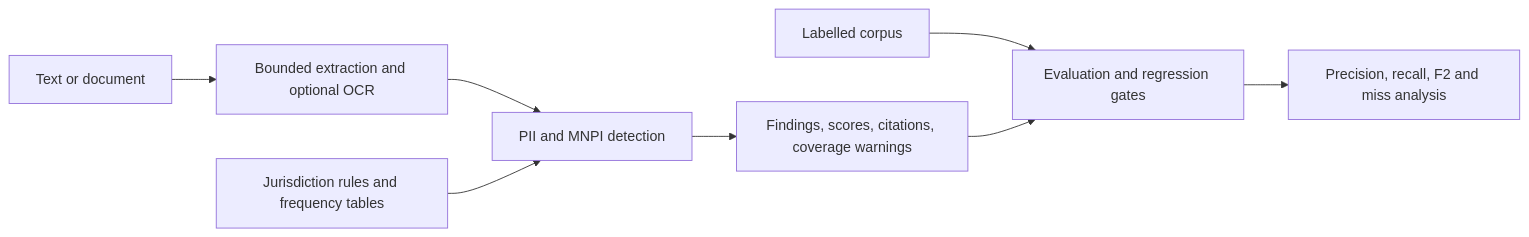
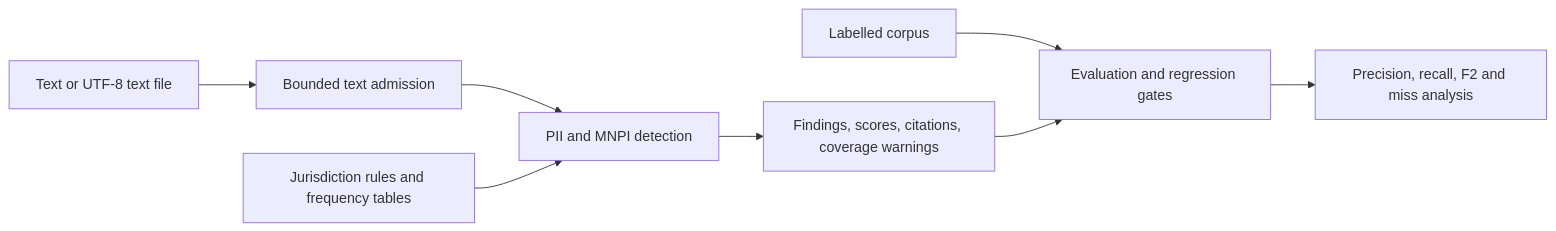
One commit to gongahkia/junas changed the diagram in ARCHITECTURE.md. Above: the diagram before and after it, drawn with Mermaid. The commit also changed other lines of this file and 35 other files, not shown here.

Commit message:
core: finish text-only input pipeline and remove native document OCR support

````diff
--- a/ARCHITECTURE.md
+++ b/ARCHITECTURE.md
@@ -5,10 +5,10 @@
 ```mermaid
 flowchart LR
-    Input[Text or document] --> Extract[Bounded extraction and optional OCR]
-    Extract --> Engine[PII and MNPI detection]
+    Input[Text or UTF-8 text file] --> Admission[Bounded text admission]
+    Admission --> Engine[PII and MNPI detection]
     Rules[Jurisdiction rules and frequency tables] --> Engine
     Engine --> Result[Findings, scores, citations, coverage warnings]
     Fixtures[Labelled corpus] --> Eval[Evaluation and regression gates]
     Result --> Eval
     Eval --> Reports[Precision, recall, F2 and miss analysis]
 ```
````
